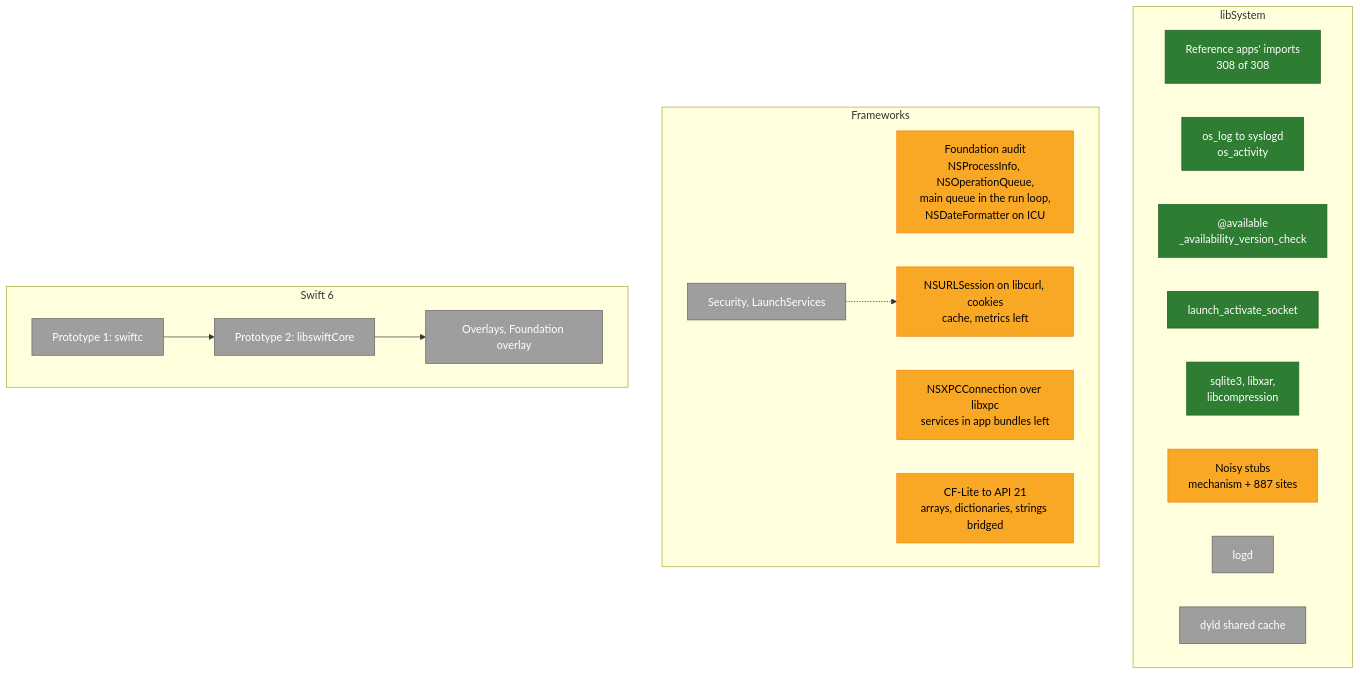
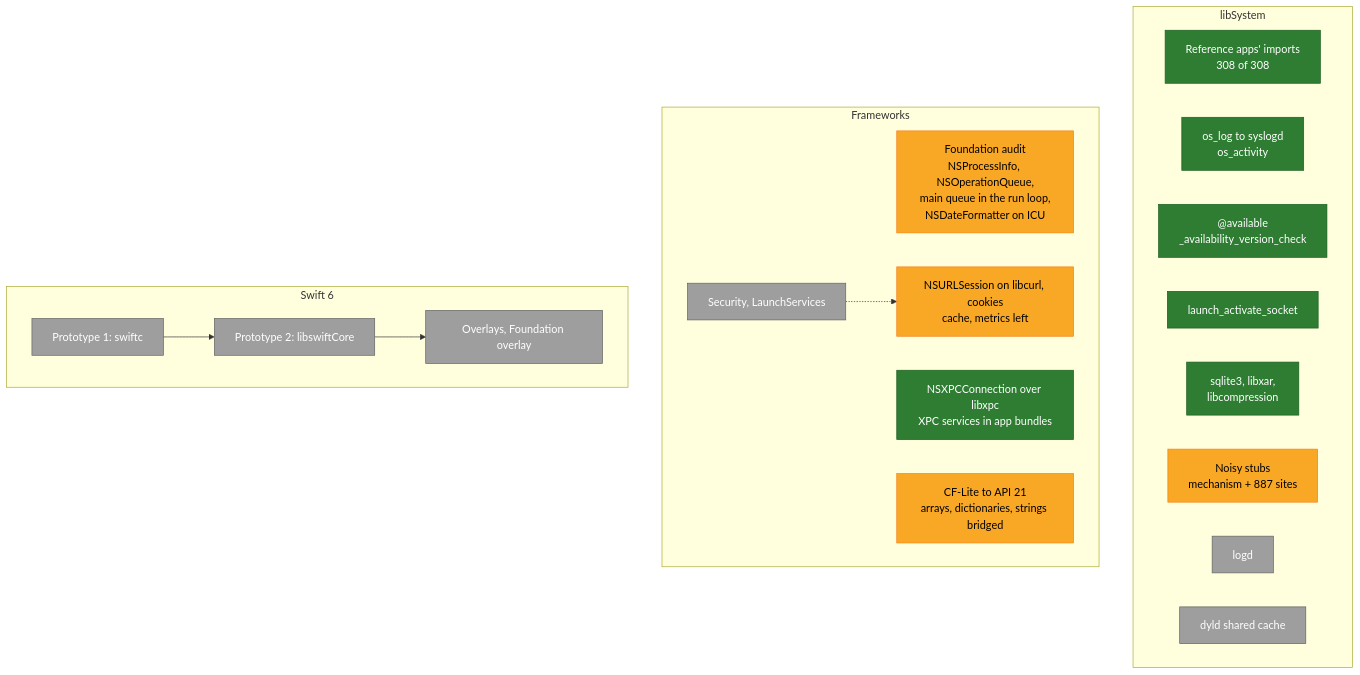
One commit to minkaros/minkar changed the second of 4 diagrams in Docs/Progress.md. Above: the diagram before and after it, drawn with Mermaid. The commit also changed 3 other files, not shown here.

First line of the commit message:
Docs: XPC services inside app bundles

````diff
--- a/Docs/Progress.md
+++ b/Docs/Progress.md
@@ -37,31 +37,31 @@
 ```mermaid
 flowchart TB
     subgraph LS["libSystem"]
         L1["Reference apps' imports<br/>308 of 308"]:::done
         L2["os_log to syslogd<br/>os_activity"]:::done
         L3["@available<br/>_availability_version_check"]:::done
         L4["launch_activate_socket"]:::done
         L8["sqlite3, libxar,<br/>libcompression"]:::done
         L5["Noisy stubs<br/>mechanism + 887 sites"]:::partial
         L6["logd"]:::todo
         L7["dyld shared cache"]:::todo
     end
     subgraph FW["Frameworks"]
         F1["Foundation audit<br/>NSProcessInfo, NSOperationQueue,<br/>main queue in the run loop,<br/>NSDateFormatter on ICU"]:::partial
         F2["NSURLSession on libcurl, cookies<br/>cache, metrics left"]:::partial
-        F5["NSXPCConnection over libxpc<br/>services in app bundles left"]:::partial
+        F5["NSXPCConnection over libxpc<br/>XPC services in app bundles"]:::done
         F3["CF-Lite to API 21<br/>arrays, dictionaries, strings bridged"]:::partial
         F4["Security, LaunchServices"]:::todo
     end
     subgraph SW["Swift 6"]
         S1["Prototype 1: swiftc"]:::todo
         S2["Prototype 2: libswiftCore"]:::todo
         S3["Overlays, Foundation overlay"]:::todo
     end
     S1 --> S2 --> S3
     F4 -.-> F2
 
     classDef done fill:#2e7d32,stroke:#1b5e20,color:#fff
     classDef partial fill:#f9a825,stroke:#f57f17,color:#000
     classDef todo fill:#9e9e9e,stroke:#616161,color:#fff
 ```
````
